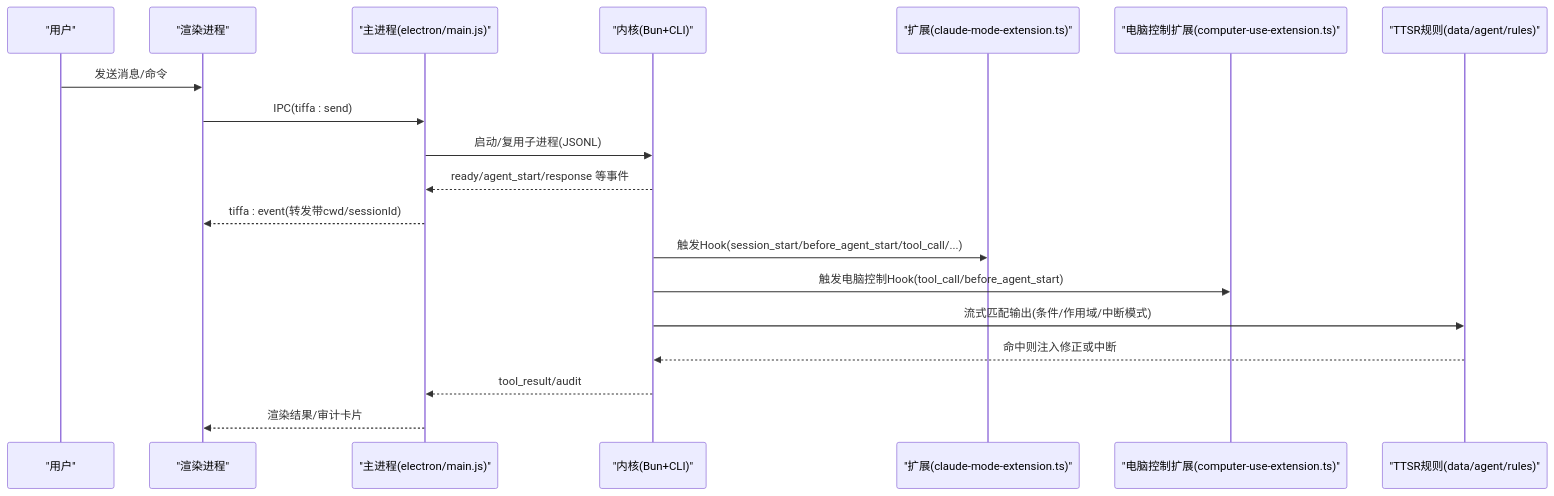
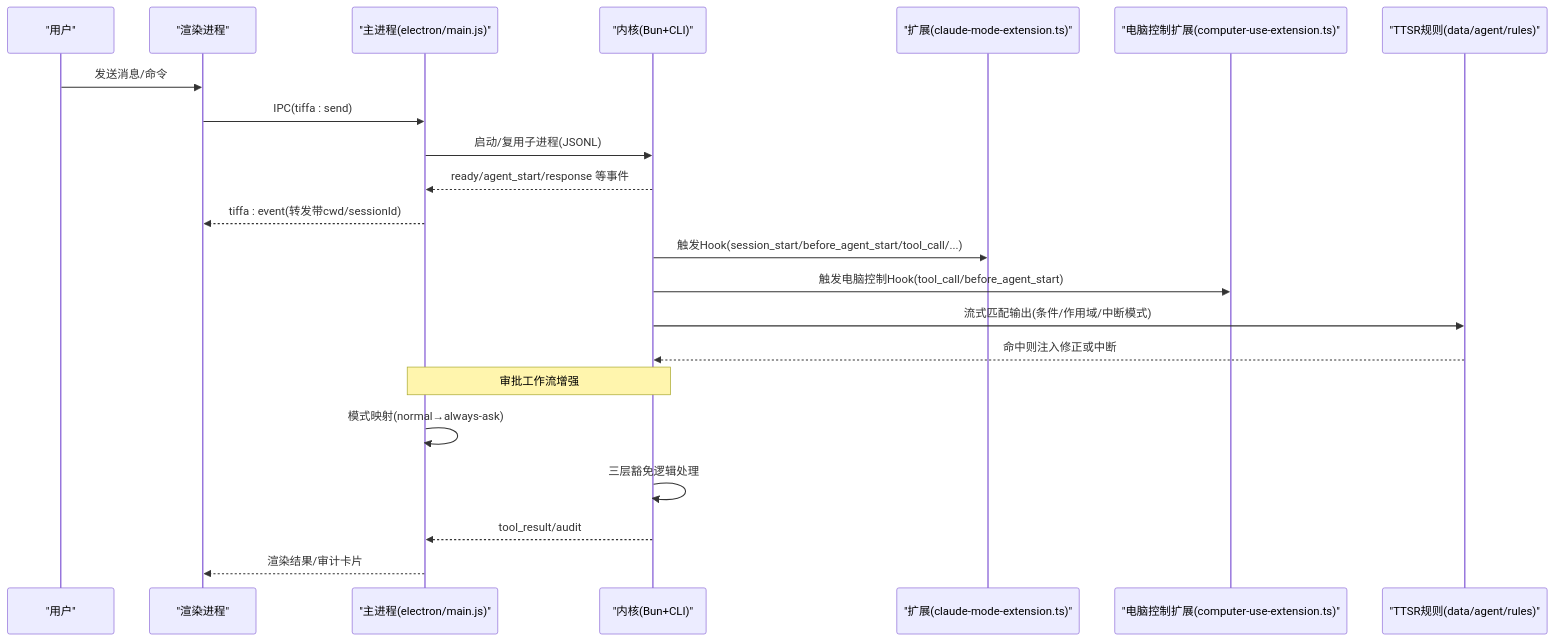
The second of 6 diagrams in .qoder/repowiki/zh/content/核心架构/扩展系统.md (swond-Mao/Tiffa), drawn with Mermaid before and after one commit. The commit also changed other lines of this file and 25 other files, not shown here.

````diff
--- a/.qoder/repowiki/zh/content/核心架构/扩展系统.md
+++ b/.qoder/repowiki/zh/content/核心架构/扩展系统.md
@@ -87,21 +91,24 @@
 ```mermaid
 sequenceDiagram
 participant U as "用户"
 participant R as "渲染进程"
 participant M as "主进程(electron/main.js)"
 participant K as "内核(Bun+CLI)"
 participant E as "扩展(claude-mode-extension.ts)"
 participant C as "电脑控制扩展(computer-use-extension.ts)"
 participant S as "TTSR规则(data/agent/rules)"
 U->>R : 发送消息/命令
 R->>M : IPC(tiffa : send)
 M->>K : 启动/复用子进程(JSONL)
 K-->>M : ready/agent_start/response 等事件
 M-->>R : tiffa : event(转发带cwd/sessionId)
 K->>E : 触发Hook(session_start/before_agent_start/tool_call/...)
 K->>C : 触发电脑控制Hook(tool_call/before_agent_start)
 K->>S : 流式匹配输出(条件/作用域/中断模式)
 S-->>K : 命中则注入修正或中断
+Note over M,K : 审批工作流增强
+M->>M : 模式映射(normal→always-ask)
+K->>K : 三层豁免逻辑处理
 K-->>M : tool_result/audit
 M-->>R : 渲染结果/审计卡片
 ```
````
